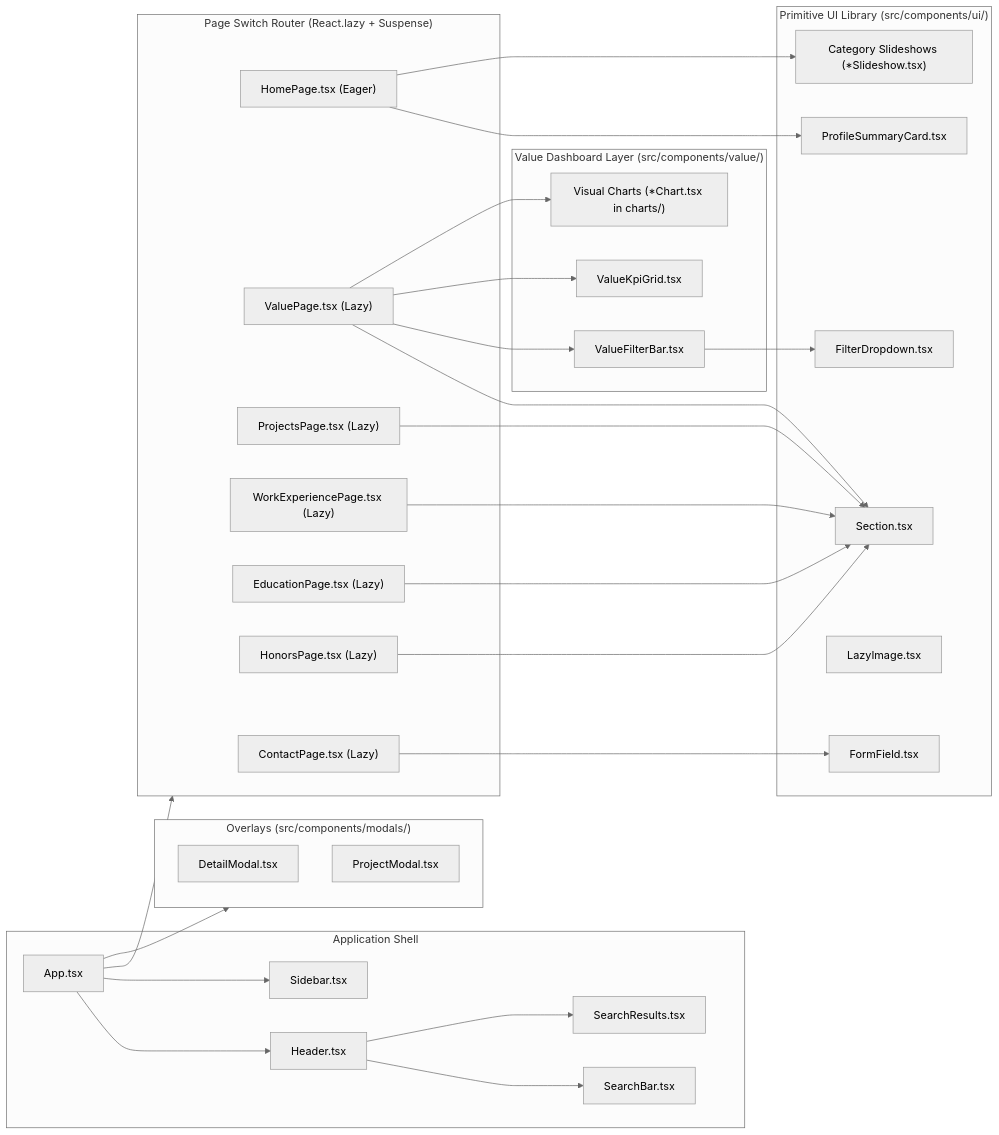
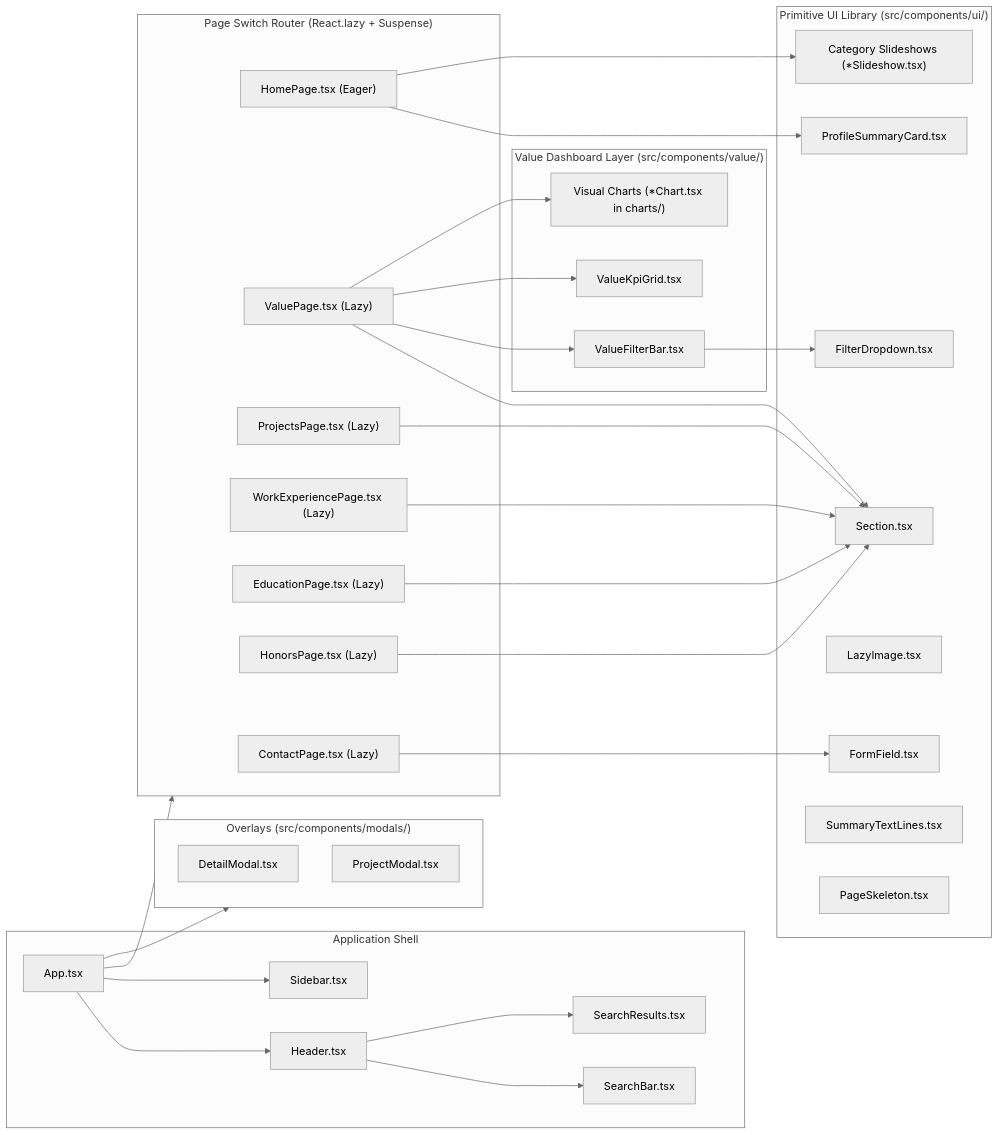
One commit to kxnghans/kxnghans.github.io changed the second of 5 diagrams in docs/architecture.md. Above: the diagram before and after it, drawn with Mermaid (neutral theme). The commit also changed other lines of this file and 46 other files, not shown here.

Commit message:
feat(architecture): modularize components, extract custom hooks, add unit tests, and record interactive browser validation matrix

````diff
--- a/docs/architecture.md
+++ b/docs/architecture.md
@@ -55,68 +55,70 @@
 ```mermaid
 flowchart LR
     subgraph CoreShell["Application Shell"]
         App["App.tsx"]
         Header["Header.tsx"]
         Sidebar["Sidebar.tsx"]
         SearchBarComp["SearchBar.tsx"]
         SearchResultsComp["SearchResults.tsx"]
         App --> Header
         App --> Sidebar
         Header --> SearchBarComp
         Header --> SearchResultsComp
     end
 
     subgraph PageRouter["Page Switch Router (React.lazy + Suspense)"]
         HomeView["HomePage.tsx (Eager)"]
         ValueView["ValuePage.tsx (Lazy)"]
         ProjView["ProjectsPage.tsx (Lazy)"]
         WorkView["WorkExperiencePage.tsx (Lazy)"]
         EduView["EducationPage.tsx (Lazy)"]
         HonorsView["HonorsPage.tsx (Lazy)"]
         ContactView["ContactPage.tsx (Lazy)"]
     end
 
     subgraph ValueComponents["Value Dashboard Layer (src/components/value/)"]
         ValueKpis["ValueKpiGrid.tsx"]
         ValueCharts["Visual Charts (*Chart.tsx in charts/)"]
         ValueFilters["ValueFilterBar.tsx"]
     end
 
     subgraph SharedUI["Primitive UI Library (src/components/ui/)"]
         ProfileCard["ProfileSummaryCard.tsx"]
         Slideshows["Category Slideshows (*Slideshow.tsx)"]
         SectionComp["Section.tsx"]
         FormComp["FormField.tsx"]
         LazyImg["LazyImage.tsx"]
         FilterDrop["FilterDropdown.tsx"]
+        SummaryText["SummaryTextLines.tsx"]
+        PageSkel["PageSkeleton.tsx"]
     end
 
     subgraph ModalLayer["Overlays (src/components/modals/)"]
         DetailMod["DetailModal.tsx"]
         ProjMod["ProjectModal.tsx"]
     end
 
     %% Routing connections
     App --> PageRouter
 
     %% Component usage
     HomeView --> ProfileCard
     HomeView --> Slideshows
     ValueView --> SectionComp
     ValueView --> ValueFilters
     ValueView --> ValueKpis
     ValueView --> ValueCharts
     ValueFilters --> FilterDrop
     ProjView --> SectionComp
     WorkView --> SectionComp
     EduView --> SectionComp
     HonorsView --> SectionComp
 
 
     ContactView --> FormComp
 
 
     %% Modal triggers
     App --> ModalLayer
 
 ```
````
